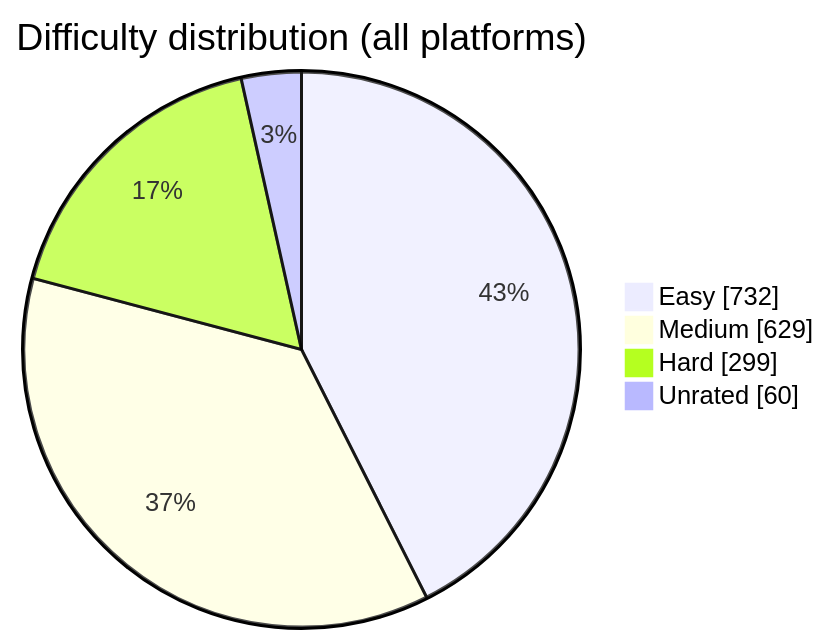
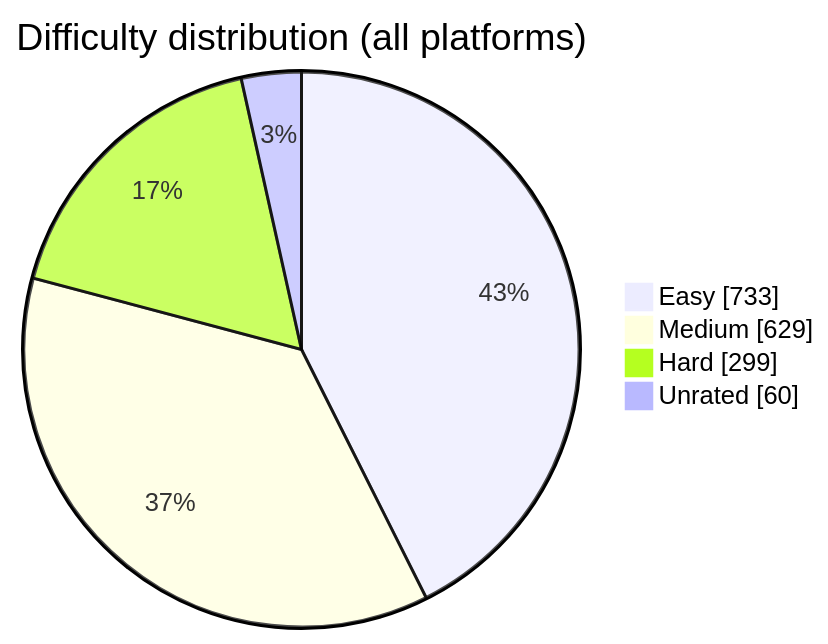
Before and after one commit to BuildbyArindam/Daily-Coding-Log: the diagram in README.md, drawn with Mermaid. The commit also changed other lines of this file, not shown here.

````diff
--- a/README.md
+++ b/README.md
@@ -93,7 +93,7 @@
 ```mermaid
 pie showData title Difficulty distribution (all platforms)
-    "Easy" : 732
+    "Easy" : 733
     "Medium" : 629
     "Hard" : 299
     "Unrated" : 60
 ```
````
